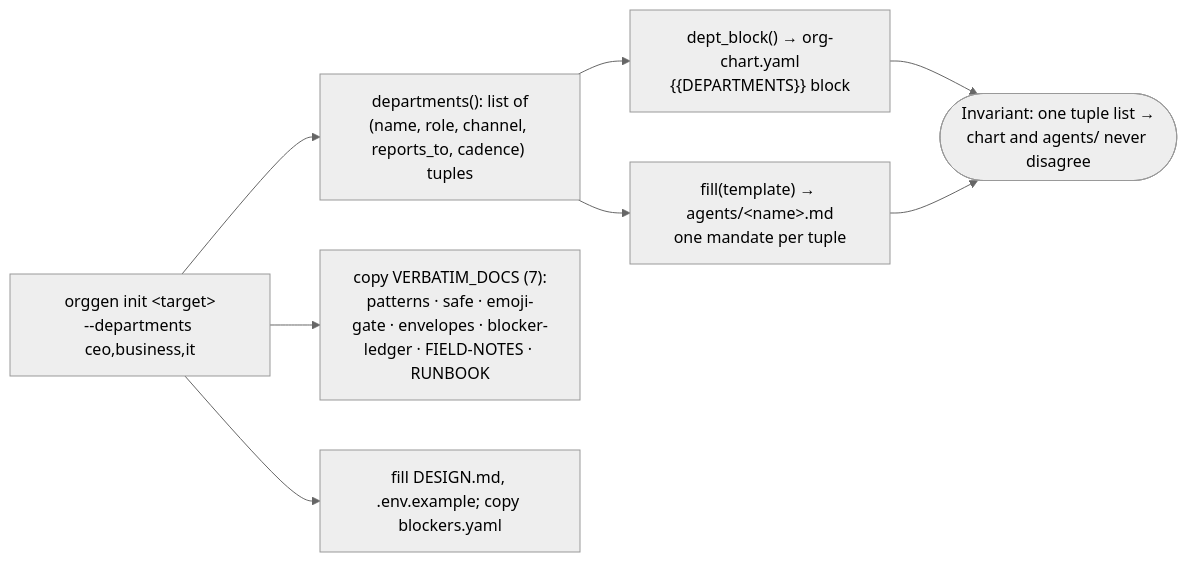
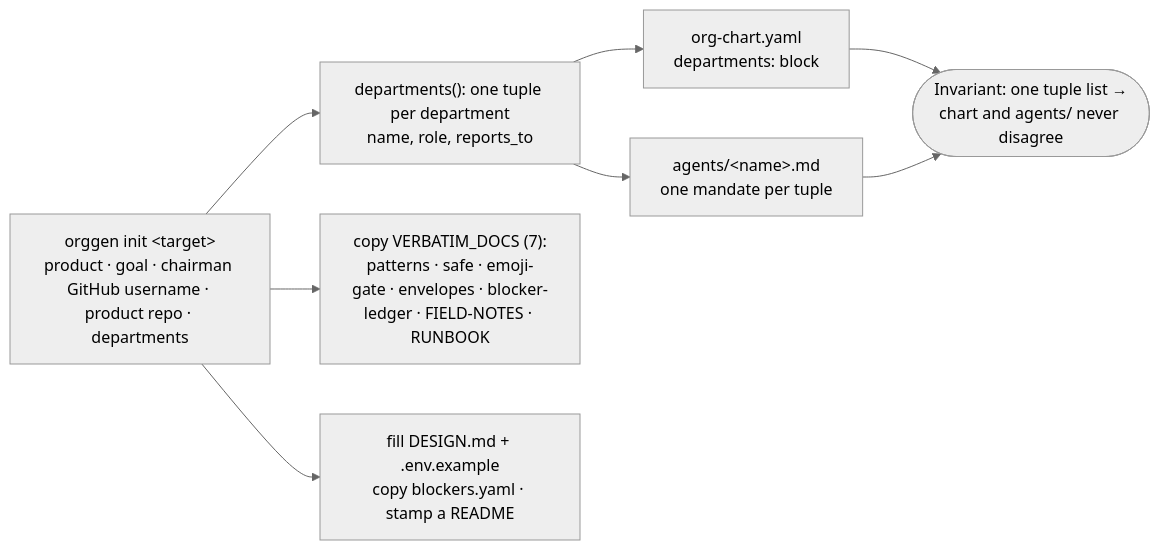
The ninth of 10 diagrams in docs/ARCHITECTURE.md (johnplantada/scrum-jail-governance-playbook), drawn with Mermaid (neutral theme) before and after one commit. The commit also changed other lines of this file and 15 other files, not shown here.

````diff
--- a/docs/ARCHITECTURE.md
+++ b/docs/ARCHITECTURE.md
@@ -251,10 +306,10 @@
 ```mermaid
 flowchart LR
-    Args["orggen init &lt;target&gt;<br/>--departments ceo,business,it"] --> Tup["departments(): list of<br/>(name, role, channel, reports_to, cadence) tuples"]
-    Tup --> Chart["dept_block() → org-chart.yaml<br/>{{DEPARTMENTS}} block"]
-    Tup --> Agents["fill(template) → agents/&lt;name&gt;.md<br/>one mandate per tuple"]
+    Args["orggen init &lt;target&gt;<br/>product · goal · chairman GitHub username · product repo · departments"] --> Tup["departments(): one tuple per department<br/>name, role, reports_to"]
+    Tup --> Chart["org-chart.yaml<br/>departments: block"]
+    Tup --> Agents["agents/&lt;name&gt;.md<br/>one mandate per tuple"]
     Args --> Docs["copy VERBATIM_DOCS (7):<br/>patterns · safe · emoji-gate · envelopes · blocker-ledger · FIELD-NOTES · RUNBOOK"]
-    Args --> Fill["fill DESIGN.md, .env.example; copy blockers.yaml"]
+    Args --> Fill["fill DESIGN.md + .env.example<br/>copy blockers.yaml · stamp a README"]
     Chart --> Inv(["Invariant: one tuple list →<br/>chart and agents/ never disagree"])
     Agents --> Inv
 ```
````
